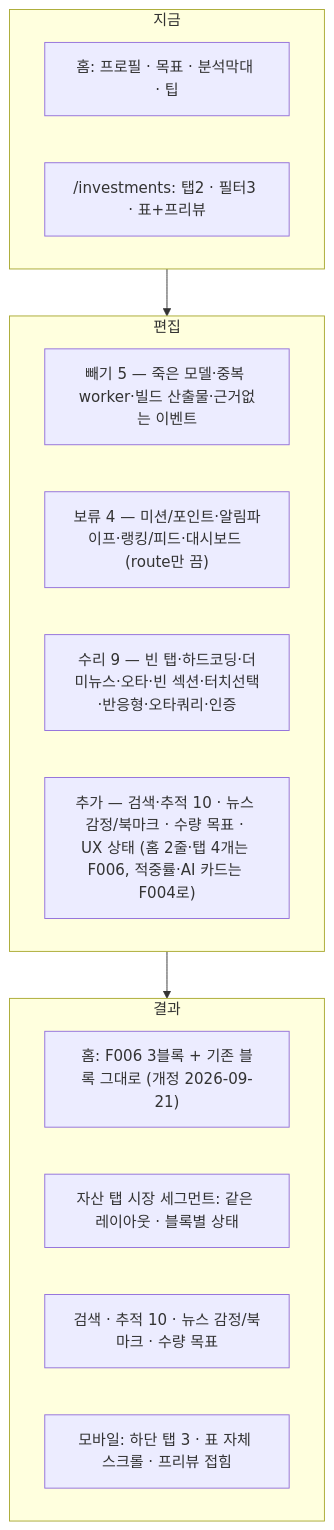
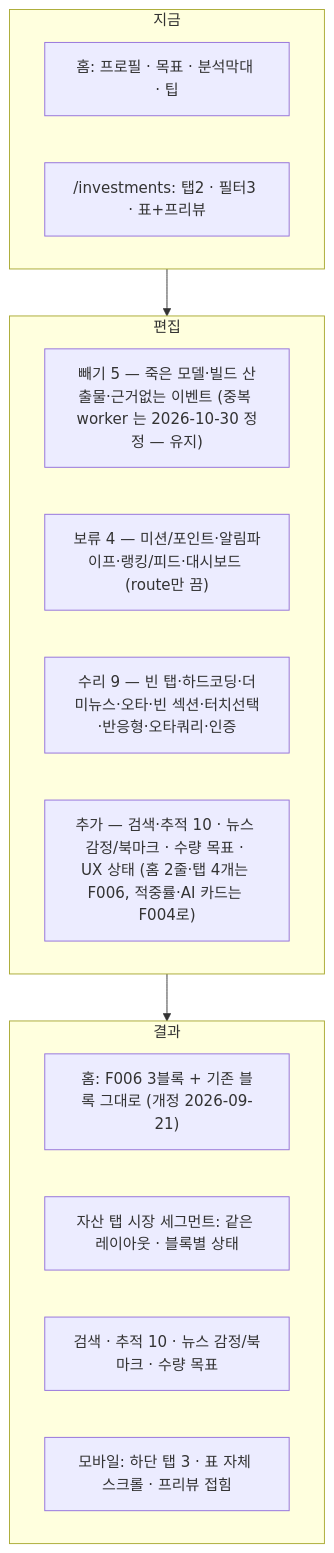
The diagram in pm/requirements/specs/in-progress/FEATURE-000-scope-reset.md (kwangyoulsagong/SALT), drawn with Mermaid before and after one commit. The commit also changed other lines of this file and 10 other files, not shown here.

````diff
--- a/pm/requirements/specs/in-progress/FEATURE-000-scope-reset.md
+++ b/pm/requirements/specs/in-progress/FEATURE-000-scope-reset.md
@@ -283,20 +283,20 @@
 ```mermaid
 flowchart TB
   subgraph Now["지금"]
     H1["홈: 프로필 · 목표 · 분석막대 · 팁"]
     I1["/investments: 탭2 · 필터3 · 표+프리뷰"]
   end
   subgraph Edit["편집"]
-    A["빼기 5 — 죽은 모델·중복 worker·빌드 산출물·근거없는 이벤트"]
+    A["빼기 5 — 죽은 모델·빌드 산출물·근거없는 이벤트 (중복 worker 는 2026-10-30 정정 — 유지)"]
     B["보류 4 — 미션/포인트·알림파이프·랭킹/피드·대시보드 (route만 끔)"]
     C["수리 9 — 빈 탭·하드코딩·더미뉴스·오타·빈 섹션·터치선택·반응형·오타쿼리·인증"]
     D["추가 — 검색·추적 10 · 뉴스 감정/북마크 · 수량 목표 · UX 상태 (홈 2줄·탭 4개는 F006, 적중률·AI 카드는 F004로)"]
   end
   subgraph After["결과"]
     H2["홈: F006 3블록 + 기존 블록 그대로 (개정 2026-09-21)"]
     I2["자산 탭 시장 세그먼트: 같은 레이아웃 · 블록별 상태"]
     S2["검색 · 추적 10 · 뉴스 감정/북마크 · 수량 목표"]
     M2["모바일: 하단 탭 3 · 표 자체 스크롤 · 프리뷰 접힘"]
   end
   Now --> Edit --> After
 ```
````
